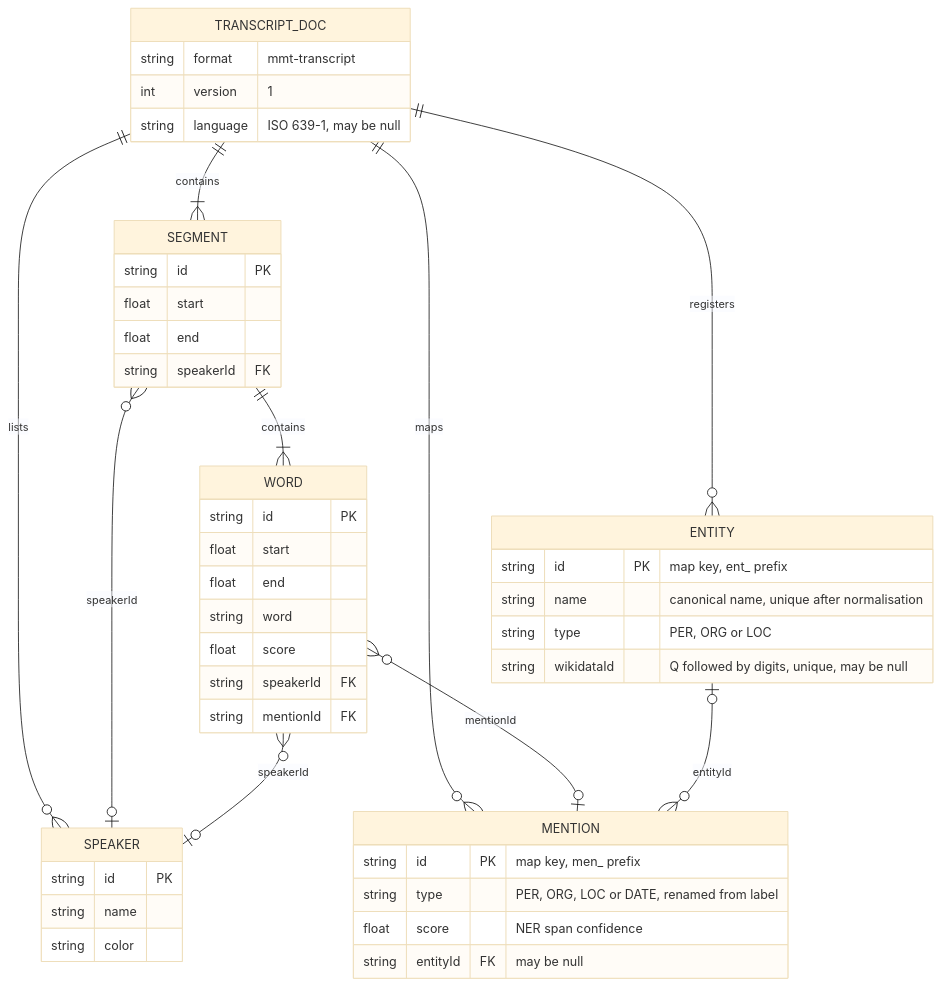
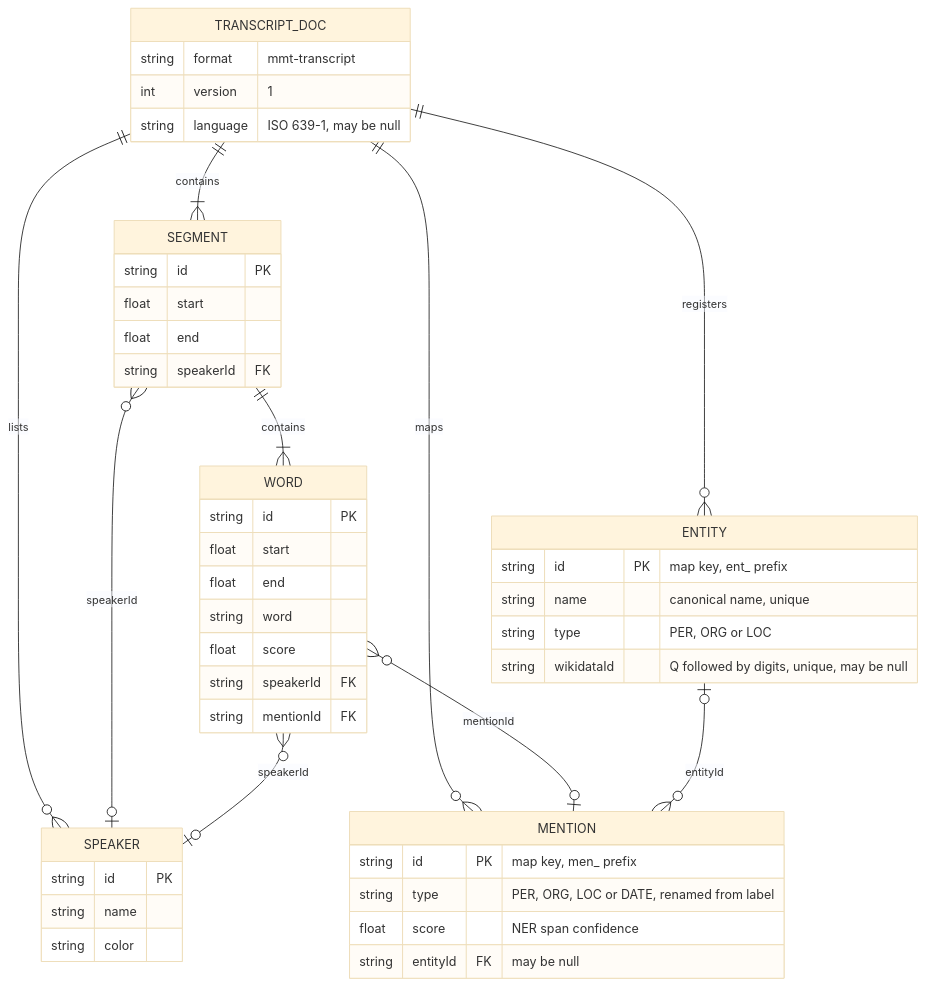
One commit to asr4memory/mmt-py changed the third of 3 diagrams in specs/2026-07-31-canonical-entities.md. Above: the diagram before and after it, drawn with Mermaid (base theme). The commit also changed other lines of this file, not shown here.

Commit message:
Strip ranking, preselection and name normalisation from the canonical entities spec

````diff
--- a/specs/2026-07-31-canonical-entities.md
+++ b/specs/2026-07-31-canonical-entities.md
@@ -422,50 +400,50 @@
 ```mermaid
 erDiagram
     TRANSCRIPT_DOC ||--o{ SPEAKER : "lists"
     TRANSCRIPT_DOC ||--o{ ENTITY : "registers"
     TRANSCRIPT_DOC ||--o{ MENTION : "maps"
     TRANSCRIPT_DOC ||--|{ SEGMENT : "contains"
     SEGMENT ||--|{ WORD : "contains"
     SEGMENT }o--o| SPEAKER : "speakerId"
     WORD }o--o| SPEAKER : "speakerId"
     WORD }o--o| MENTION : "mentionId"
     ENTITY |o--o{ MENTION : "entityId"
 
     TRANSCRIPT_DOC {
         string format "mmt-transcript"
         int version "1"
         string language "ISO 639-1, may be null"
     }
     SPEAKER {
         string id PK
         string name
         string color
     }
     ENTITY {
         string id PK "map key, ent_ prefix"
-        string name "canonical name, unique after normalisation"
+        string name "canonical name, unique"
         string type "PER, ORG or LOC"
         string wikidataId "Q followed by digits, unique, may be null"
     }
     MENTION {
         string id PK "map key, men_ prefix"
         string type "PER, ORG, LOC or DATE, renamed from label"
         float score "NER span confidence"
         string entityId FK "may be null"
     }
     SEGMENT {
         string id PK
         float start
         float end
         string speakerId FK
     }
     WORD {
         string id PK
         float start
         float end
         string word
         float score
         string speakerId FK
         string mentionId FK
     }
 ```
````
